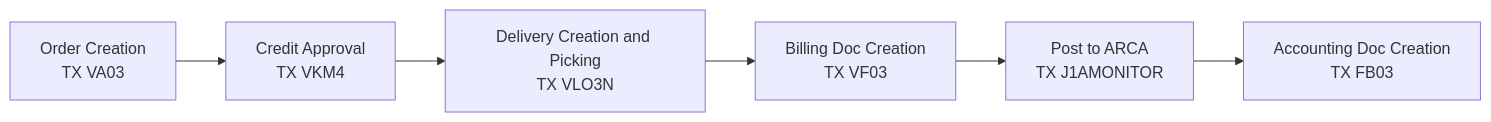
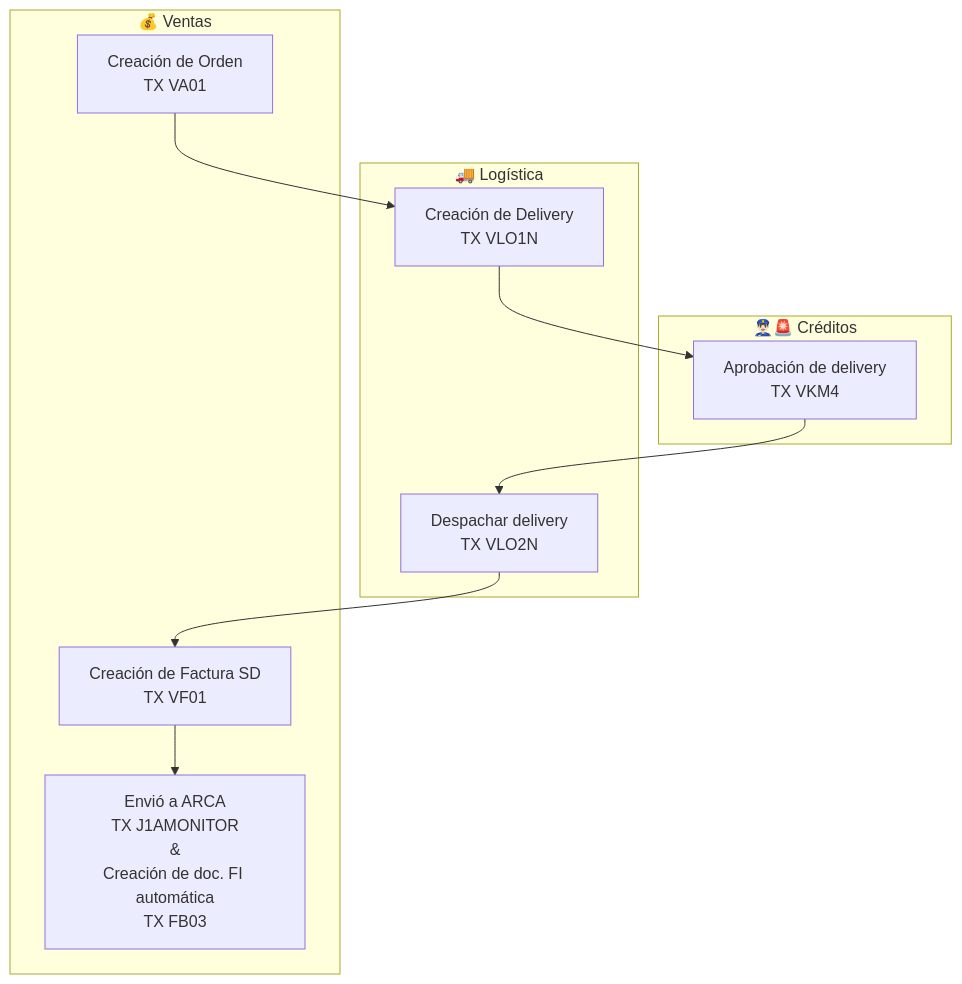
The diagram in docs/sales-and-distribution/order-to-cash.md (laucha54321/sap-docs), drawn with Mermaid before and after one commit. The commit also changed 15 other files, not shown here.

````diff
--- a/docs/sales-and-distribution/order-to-cash.md
+++ b/docs/sales-and-distribution/order-to-cash.md
@@ -8,8 +8,22 @@
 ```mermaid
-    flowchart LR
-        A[Order Creation<br>TX VA03] --> B[Credit Approval<br>TX VKM4]
-        B --> C[Delivery Creation and Picking<br>TX VLO3N]
-        C --> D[Billing Doc Creation<br>TX VF03]
-        D --> E[Post to ARCA<br>TX J1AMONITOR]
-        E --> F[Accounting Doc Creation<br>TX FB03]
+    flowchart TD
+        subgraph Créditos ["👮🏻‍♂️🚨 Créditos"]
+            B1[Aprobación de delivery<br>TX VKM4]
+        end
+        subgraph Logística ["🚚 Logística"]
+            B[Creación de Delivery<br>TX VLO1N]
+            C[Despachar delivery<br>TX VLO2N]
+        end
+        subgraph Ventas ["💰 Ventas"]
+            A[Creación de Orden<br>TX VA01]
+            D[Creación de Factura SD<br>TX VF01]
+            E[Envió a ARCA<br>TX J1AMONITOR<br>&<br>Creación de doc. FI automática<br>TX FB03]
+        end
+
+
+        A --> B
+        B --> B1
+        B1 --> C
+        C --> D
+        D --> E
 ```
````
